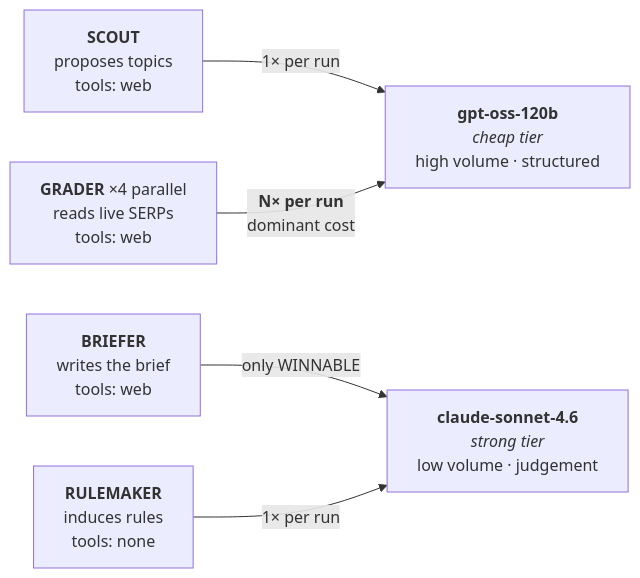
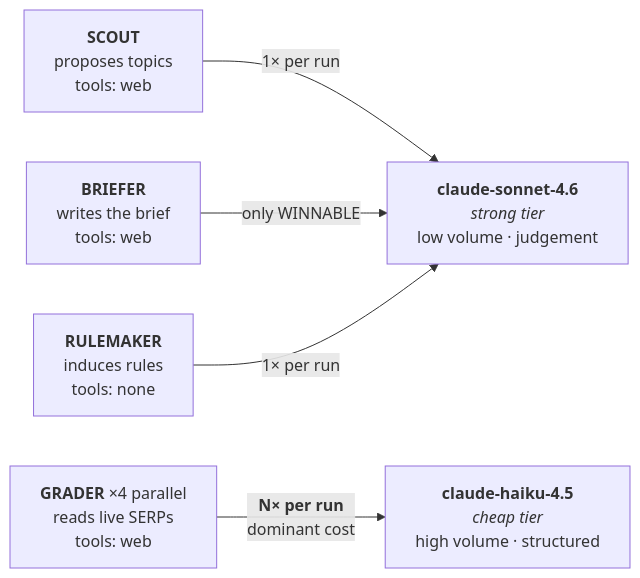
Before and after one commit to ttokttokttok/cairn: the fifth of 5 diagrams in README.md, drawn with Mermaid. The commit also changed other lines of this file and 2 other files, not shown here.

````diff
--- a/README.md
+++ b/README.md
@@ -206,15 +206,15 @@
 ```mermaid
 flowchart LR
     SC["<b>SCOUT</b><br/>proposes topics<br/>tools: web"]
     GR["<b>GRADER</b> ×4 parallel<br/>reads live SERPs<br/>tools: web"]
     BR["<b>BRIEFER</b><br/>writes the brief<br/>tools: web"]
     RM["<b>RULEMAKER</b><br/>induces rules<br/>tools: none"]
 
-    CHEAP["<b>gpt-oss-120b</b><br/><i>cheap tier</i><br/>high volume · structured"]
+    CHEAP["<b>claude-haiku-4.5</b><br/><i>cheap tier</i><br/>high volume · structured"]
     STRONG["<b>claude-sonnet-4.6</b><br/><i>strong tier</i><br/>low volume · judgement"]
 
-    SC -->|"1× per run"| CHEAP
     GR -->|"<b>N× per run</b><br/>dominant cost"| CHEAP
+    SC -->|"1× per run"| STRONG
     BR -->|"only WINNABLE"| STRONG
     RM -->|"1× per run"| STRONG
 ```
````
